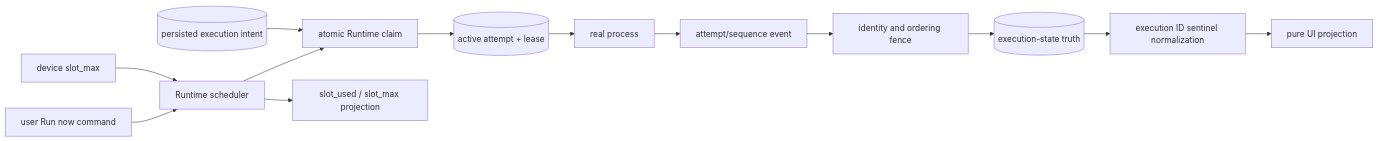
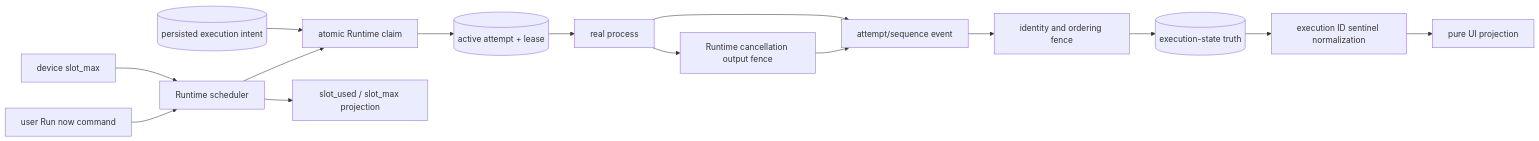
The first of 2 diagrams in docs/architecture/project-execution-state.md (wecode-ai/wegent-docs), drawn with Mermaid before and after one commit. The commit also changed other lines of this file and 3 other files, not shown here.

````diff
--- a/docs/architecture/project-execution-state.md
+++ b/docs/architecture/project-execution-state.md
@@ -9,16 +9,18 @@
 ```mermaid
 flowchart LR
     INTENT[(persisted execution intent)] --> CLAIM[atomic Runtime claim]
     CLAIM --> ACTIVE[(active attempt + lease)]
     ACTIVE --> PROCESS[real process]
     PROCESS --> EVENT[attempt/sequence event]
+    CANCEL_FENCE[Runtime cancellation output fence] --> EVENT
+    PROCESS --> CANCEL_FENCE
     EVENT --> FENCE[identity and ordering fence]
     FENCE --> TRUTH[(execution-state truth)]
     TRUTH --> NORMALIZE[execution ID sentinel normalization]
     NORMALIZE --> VIEW
     VIEW[pure UI projection]
     SETTINGS[device slot_max] --> SCHEDULER[Runtime scheduler]
     RUN_NOW[user Run now command] --> SCHEDULER
     SCHEDULER --> CLAIM
     SCHEDULER --> CAPACITY[slot_used / slot_max projection]
 ```
````
